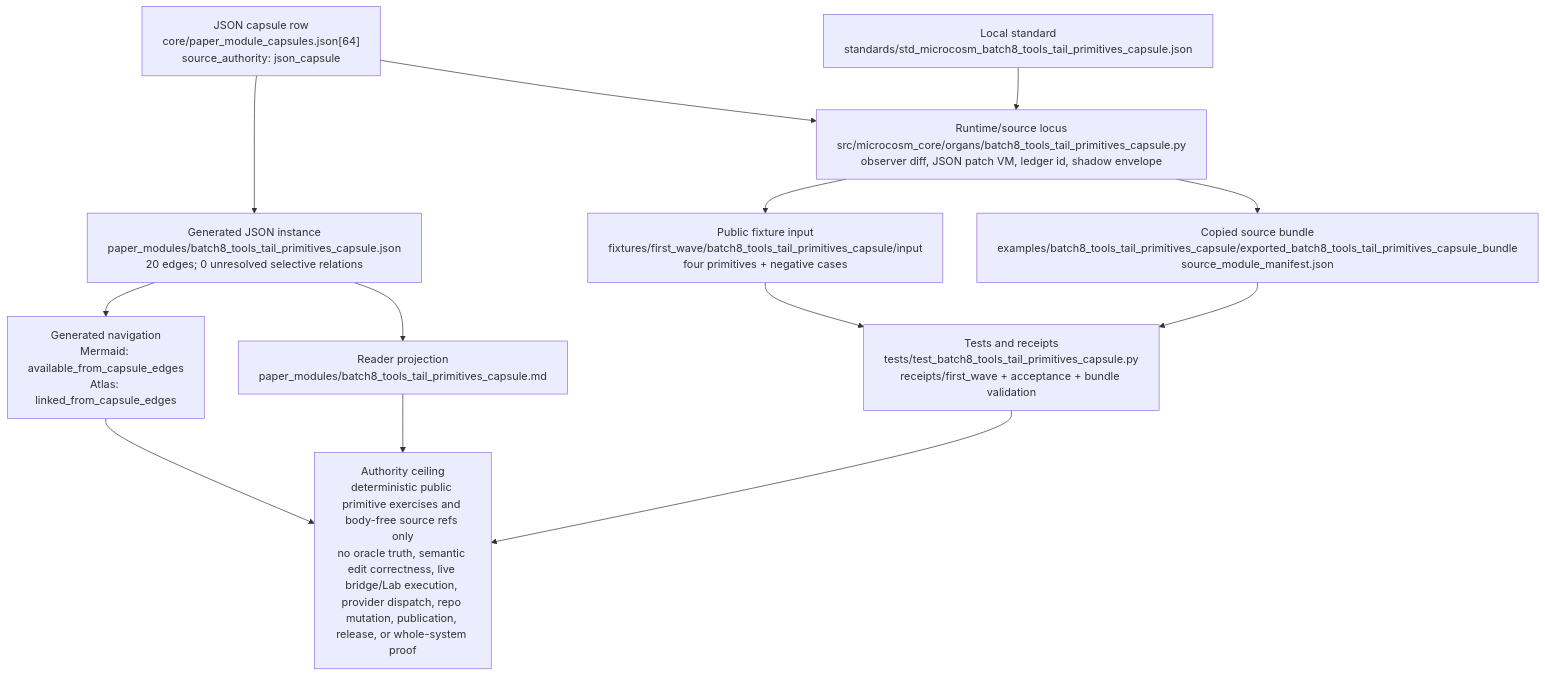
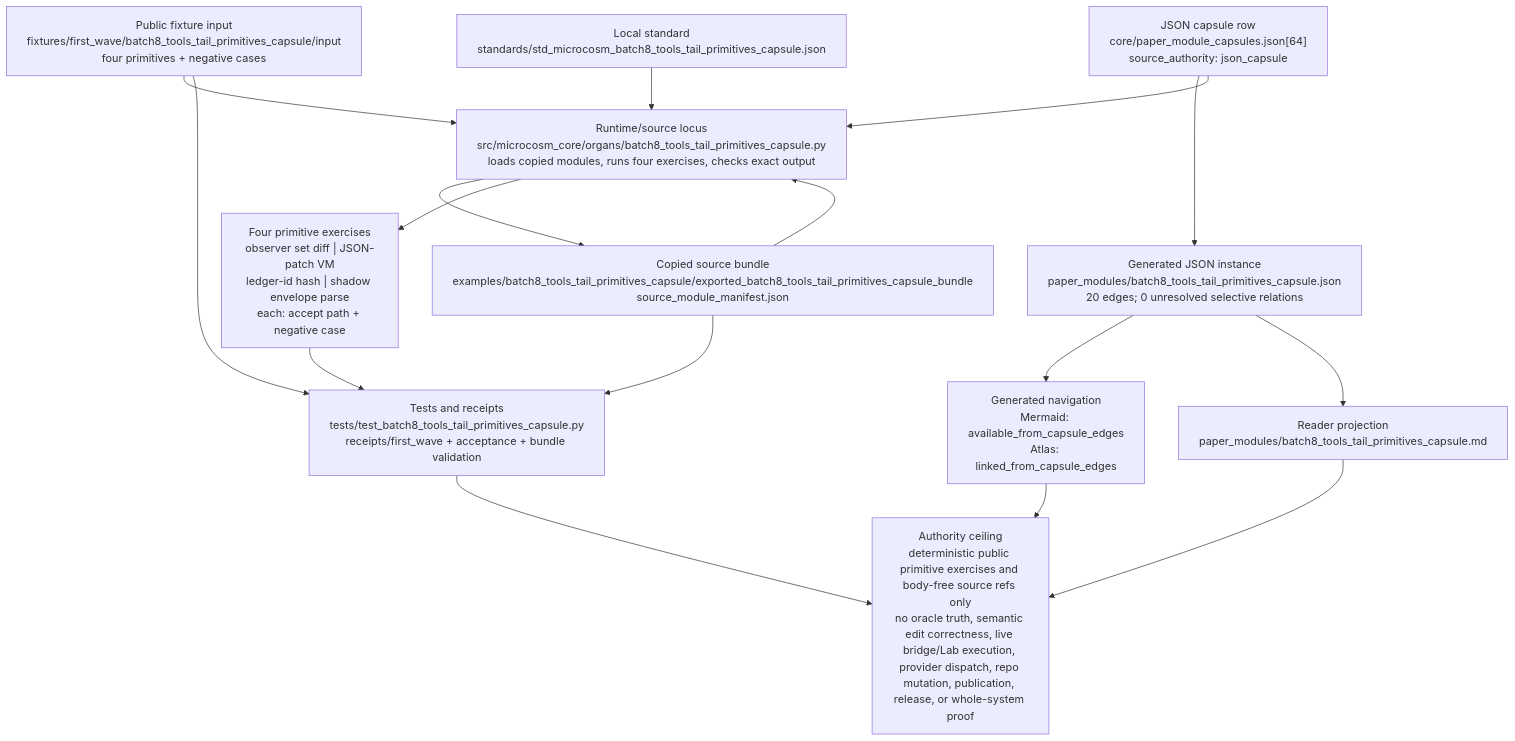
The diagram in paper_modules/batch8_tools_tail_primitives_capsule.md (wcook04/plectis), drawn with Mermaid before and after one commit. The commit also changed other lines of this file and 90 other files, not shown here.

First line of the commit message:
microcosm: enrich public paper-module prose and Shape diagrams (91 modules)

````diff
--- a/paper_modules/batch8_tools_tail_primitives_capsule.md
+++ b/paper_modules/batch8_tools_tail_primitives_capsule.md
@@ -57,26 +81,30 @@
 ```mermaid
 flowchart TD
   capsule["JSON capsule row<br/>core/paper_module_capsules.json[64]<br/>source_authority: json_capsule"]
   instance["Generated JSON instance<br/>paper_modules/batch8_tools_tail_primitives_capsule.json<br/>20 edges; 0 unresolved selective relations"]
   markdown["Reader projection<br/>paper_modules/batch8_tools_tail_primitives_capsule.md"]
   standard["Local standard<br/>standards/std_microcosm_batch8_tools_tail_primitives_capsule.json"]
-  runtime["Runtime/source locus<br/>src/microcosm_core/organs/batch8_tools_tail_primitives_capsule.py<br/>observer diff, JSON patch VM, ledger id, shadow envelope"]
+  runtime["Runtime/source locus<br/>src/microcosm_core/organs/batch8_tools_tail_primitives_capsule.py<br/>loads copied modules, runs four exercises, checks exact output"]
+  exercises["Four primitive exercises<br/>observer set diff | JSON-patch VM<br/>ledger-id hash | shadow envelope parse<br/>each: accept path + negative case"]
   fixture["Public fixture input<br/>fixtures/first_wave/batch8_tools_tail_primitives_capsule/input<br/>four primitives + negative cases"]
   bundle["Copied source bundle<br/>examples/batch8_tools_tail_primitives_capsule/exported_batch8_tools_tail_primitives_capsule_bundle<br/>source_module_manifest.json"]
   tests["Tests and receipts<br/>tests/test_batch8_tools_tail_primitives_capsule.py<br/>receipts/first_wave + acceptance + bundle validation"]
   projections["Generated navigation<br/>Mermaid: available_from_capsule_edges<br/>Atlas: linked_from_capsule_edges"]
   ceiling["Authority ceiling<br/>deterministic public primitive exercises and body-free source refs only<br/>no oracle truth, semantic edit correctness, live bridge/Lab execution, provider dispatch, repo mutation, publication, release, or whole-system proof"]
 
   capsule --> instance
   capsule --> runtime
   instance --> projections
   instance --> markdown
   standard --> runtime
-  runtime --> fixture
   runtime --> bundle
+  bundle --> runtime
+  fixture --> runtime
+  runtime --> exercises
+  exercises --> tests
   fixture --> tests
   bundle --> tests
   tests --> ceiling
   projections --> ceiling
   markdown --> ceiling
 ```
````
